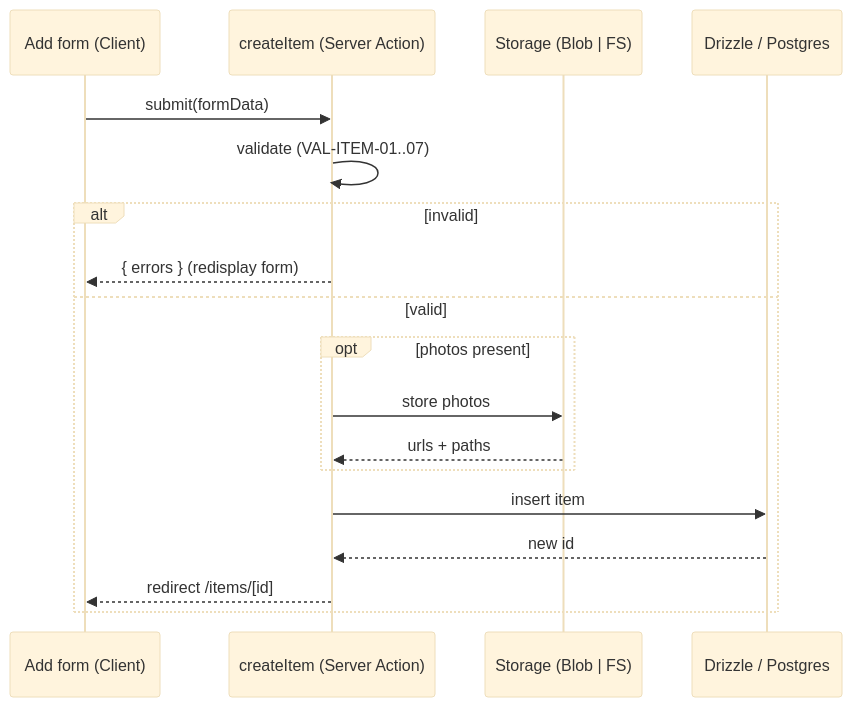
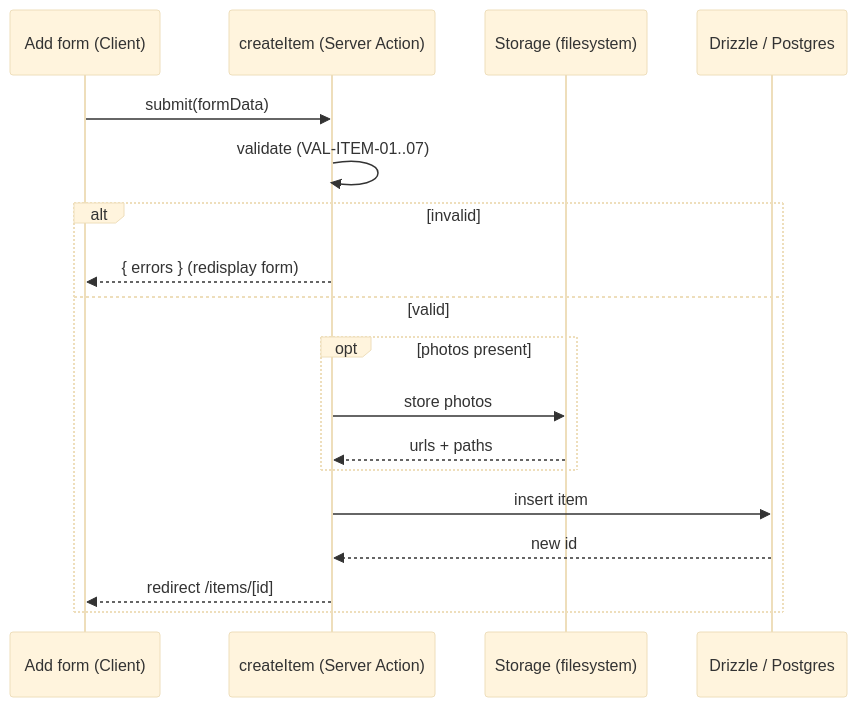
Before and after one commit to nnworkspace/sil: the second of 3 diagrams in specs/catalog/20-interface-spec.md, drawn with Mermaid (base theme). The commit also changed other lines of this file and 36 other files, not shown here.

````diff
--- a/specs/catalog/20-interface-spec.md
+++ b/specs/catalog/20-interface-spec.md
@@ -61,20 +61,20 @@
 ```mermaid
 sequenceDiagram
     participant F as Add form (Client)
     participant A as createItem (Server Action)
-    participant S as Storage (Blob | FS)
+    participant S as Storage (filesystem)
     participant D as Drizzle / Postgres
     F->>A: submit(formData)
     A->>A: validate (VAL-ITEM-01..07)
     alt invalid
         A-->>F: { errors } (redisplay form)
     else valid
         opt photos present
             A->>S: store photos
             S-->>A: urls + paths
         end
         A->>D: insert item
         D-->>A: new id
         A-->>F: redirect /items/[id]
     end
 ```
````
